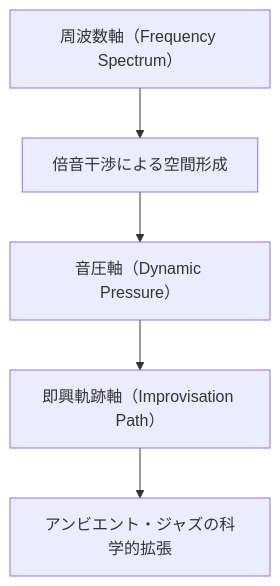
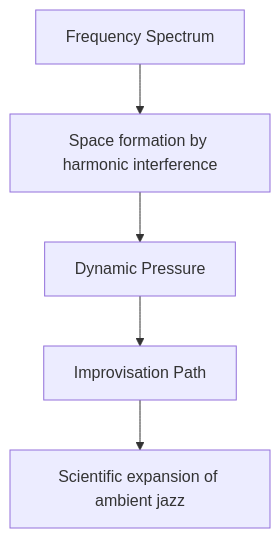
Before and after one commit to monumental-movement/monumental-movement.github.io: the first of 2 diagrams in en/_posts/2025-10-29-column-floating-points.md, drawn with Mermaid. The commit also changed other lines of this file and 1719 other files, not shown here.

```diff
--- a/en/_posts/2025-10-29-column-floating-points.md
+++ b/en/_posts/2025-10-29-column-floating-points.md
@@ -81,9 +84,10 @@
 <div class="mermaid">
 
 graph TD
-    A["周波数軸（Frequency Spectrum）"] --> B["倍音干渉による空間形成"]
-    B --> C["音圧軸（Dynamic Pressure）"]
-    C --> D["即興軌跡軸（Improvisation Path）"]
-    D --> E["アンビエント・ジャズの科学的拡張"]
+A["Frequency Spectrum"] --> B["Space formation by harmonic interference"]
+B --> C["Dynamic Pressure"]
+C --> D["Improvisation Path"]
+D --> E["Scientific expansion of ambient jazz"]
+
 
 </div>
```
